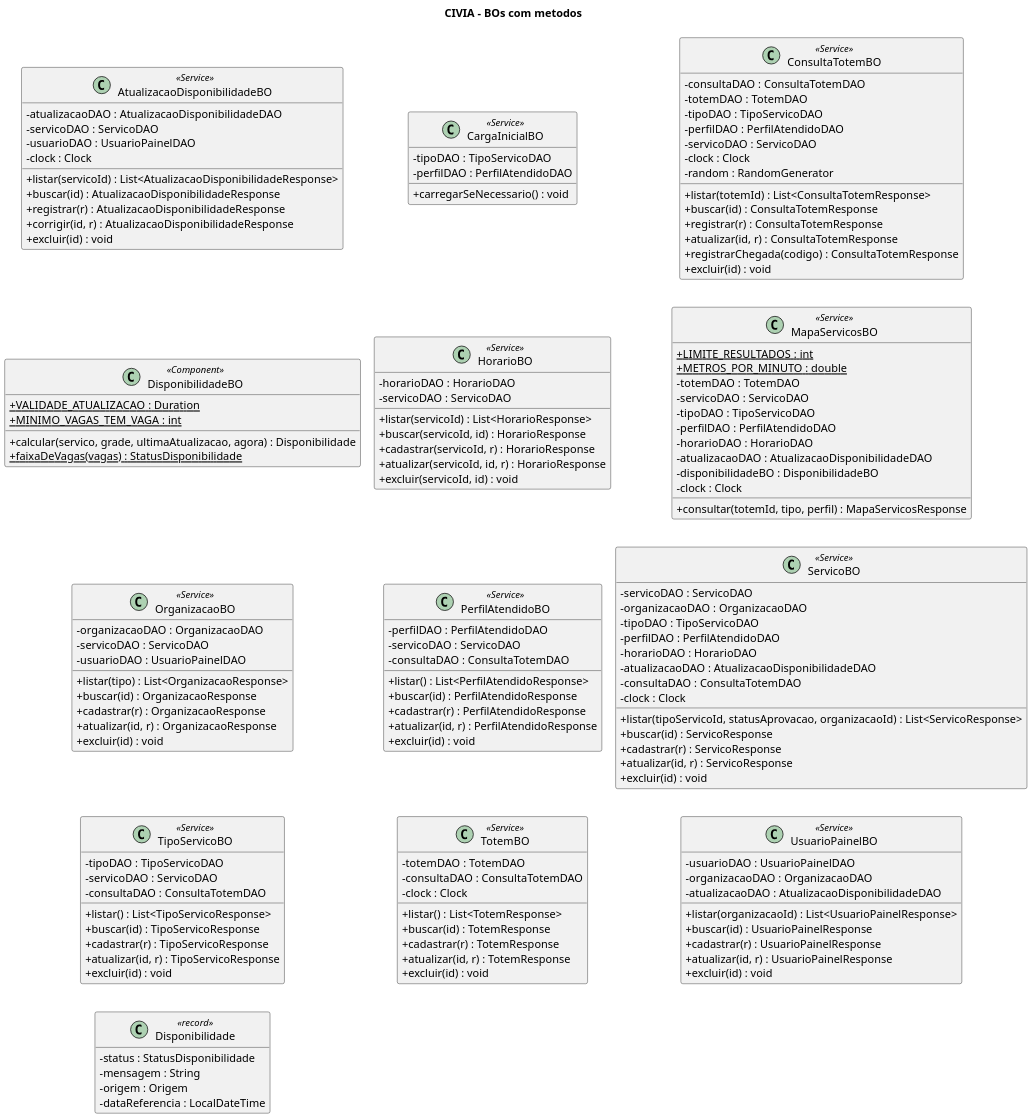
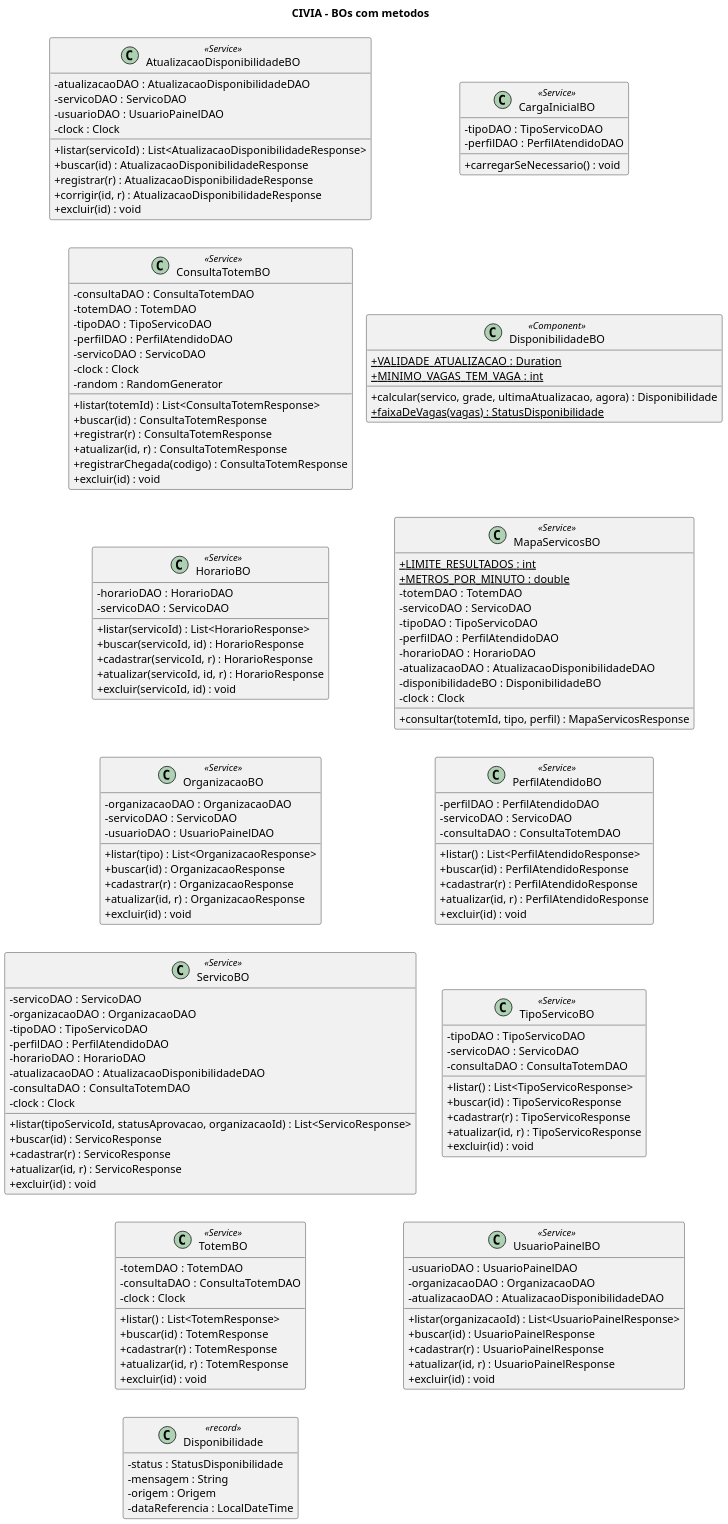
The diagram in docs/partes/07-bos-detalhe.puml (Gabrielvianaana/civia-api), drawn with PlantUML before and after one commit. The commit also changed 8 other files, not shown here.

Commit message:
Diagramas e DER ajustados para o PDF

```diff
--- a/docs/partes/07-bos-detalhe.puml
+++ b/docs/partes/07-bos-detalhe.puml
@@ -1,150 +1,151 @@
 @startuml
 title CIVIA - BOs com metodos
 ' Gerado a partir do codigo-fonte Java (pasta civia-*/src/main/java).
 !pragma layout smetana
 skinparam classAttributeIconSize 0
 skinparam shadowing false
 skinparam dpi 150
 hide empty members
 top to bottom direction
 class AtualizacaoDisponibilidadeBO <<Service>> {
   -atualizacaoDAO : AtualizacaoDisponibilidadeDAO
   -servicoDAO : ServicoDAO
   -usuarioDAO : UsuarioPainelDAO
   -clock : Clock
   +listar(servicoId) : List<AtualizacaoDisponibilidadeResponse>
   +buscar(id) : AtualizacaoDisponibilidadeResponse
   +registrar(r) : AtualizacaoDisponibilidadeResponse
   +corrigir(id, r) : AtualizacaoDisponibilidadeResponse
   +excluir(id) : void
 }
 class CargaInicialBO <<Service>> {
   -tipoDAO : TipoServicoDAO
   -perfilDAO : PerfilAtendidoDAO
   +carregarSeNecessario() : void
 }
 class ConsultaTotemBO <<Service>> {
   -consultaDAO : ConsultaTotemDAO
   -totemDAO : TotemDAO
   -tipoDAO : TipoServicoDAO
   -perfilDAO : PerfilAtendidoDAO
   -servicoDAO : ServicoDAO
   -clock : Clock
   -random : RandomGenerator
   +listar(totemId) : List<ConsultaTotemResponse>
   +buscar(id) : ConsultaTotemResponse
   +registrar(r) : ConsultaTotemResponse
   +atualizar(id, r) : ConsultaTotemResponse
   +registrarChegada(codigo) : ConsultaTotemResponse
   +excluir(id) : void
 }
 class DisponibilidadeBO <<Component>> {
   +{static} VALIDADE_ATUALIZACAO : Duration
   +{static} MINIMO_VAGAS_TEM_VAGA : int
   +calcular(servico, grade, ultimaAtualizacao, agora) : Disponibilidade
   +{static} faixaDeVagas(vagas) : StatusDisponibilidade
 }
 class HorarioBO <<Service>> {
   -horarioDAO : HorarioDAO
   -servicoDAO : ServicoDAO
   +listar(servicoId) : List<HorarioResponse>
   +buscar(servicoId, id) : HorarioResponse
   +cadastrar(servicoId, r) : HorarioResponse
   +atualizar(servicoId, id, r) : HorarioResponse
   +excluir(servicoId, id) : void
 }
 class MapaServicosBO <<Service>> {
   +{static} LIMITE_RESULTADOS : int
   +{static} METROS_POR_MINUTO : double
   -totemDAO : TotemDAO
   -servicoDAO : ServicoDAO
   -tipoDAO : TipoServicoDAO
   -perfilDAO : PerfilAtendidoDAO
   -horarioDAO : HorarioDAO
   -atualizacaoDAO : AtualizacaoDisponibilidadeDAO
   -disponibilidadeBO : DisponibilidadeBO
   -clock : Clock
   +consultar(totemId, tipo, perfil) : MapaServicosResponse
 }
 class OrganizacaoBO <<Service>> {
   -organizacaoDAO : OrganizacaoDAO
   -servicoDAO : ServicoDAO
   -usuarioDAO : UsuarioPainelDAO
   +listar(tipo) : List<OrganizacaoResponse>
   +buscar(id) : OrganizacaoResponse
   +cadastrar(r) : OrganizacaoResponse
   +atualizar(id, r) : OrganizacaoResponse
   +excluir(id) : void
 }
 class PerfilAtendidoBO <<Service>> {
   -perfilDAO : PerfilAtendidoDAO
   -servicoDAO : ServicoDAO
   -consultaDAO : ConsultaTotemDAO
   +listar() : List<PerfilAtendidoResponse>
   +buscar(id) : PerfilAtendidoResponse
   +cadastrar(r) : PerfilAtendidoResponse
   +atualizar(id, r) : PerfilAtendidoResponse
   +excluir(id) : void
 }
 class ServicoBO <<Service>> {
   -servicoDAO : ServicoDAO
   -organizacaoDAO : OrganizacaoDAO
   -tipoDAO : TipoServicoDAO
   -perfilDAO : PerfilAtendidoDAO
   -horarioDAO : HorarioDAO
   -atualizacaoDAO : AtualizacaoDisponibilidadeDAO
   -consultaDAO : ConsultaTotemDAO
   -clock : Clock
   +listar(tipoServicoId, statusAprovacao, organizacaoId) : List<ServicoResponse>
   +buscar(id) : ServicoResponse
   +cadastrar(r) : ServicoResponse
   +atualizar(id, r) : ServicoResponse
   +excluir(id) : void
 }
 class TipoServicoBO <<Service>> {
   -tipoDAO : TipoServicoDAO
   -servicoDAO : ServicoDAO
   -consultaDAO : ConsultaTotemDAO
   +listar() : List<TipoServicoResponse>
   +buscar(id) : TipoServicoResponse
   +cadastrar(r) : TipoServicoResponse
   +atualizar(id, r) : TipoServicoResponse
   +excluir(id) : void
 }
 class TotemBO <<Service>> {
   -totemDAO : TotemDAO
   -consultaDAO : ConsultaTotemDAO
   -clock : Clock
   +listar() : List<TotemResponse>
   +buscar(id) : TotemResponse
   +cadastrar(r) : TotemResponse
   +atualizar(id, r) : TotemResponse
   +excluir(id) : void
 }
 class UsuarioPainelBO <<Service>> {
   -usuarioDAO : UsuarioPainelDAO
   -organizacaoDAO : OrganizacaoDAO
   -atualizacaoDAO : AtualizacaoDisponibilidadeDAO
   +listar(organizacaoId) : List<UsuarioPainelResponse>
   +buscar(id) : UsuarioPainelResponse
   +cadastrar(r) : UsuarioPainelResponse
   +atualizar(id, r) : UsuarioPainelResponse
   +excluir(id) : void
 }
 class Disponibilidade <<record>> {
   -status : StatusDisponibilidade
   -mensagem : String
   -origem : Origem
   -dataReferencia : LocalDateTime
 }
-AtualizacaoDisponibilidadeBO -[hidden]down- DisponibilidadeBO
-CargaInicialBO -[hidden]down- HorarioBO
-ConsultaTotemBO -[hidden]down- MapaServicosBO
-DisponibilidadeBO -[hidden]down- OrganizacaoBO
-HorarioBO -[hidden]down- PerfilAtendidoBO
-MapaServicosBO -[hidden]down- ServicoBO
-OrganizacaoBO -[hidden]down- TipoServicoBO
-PerfilAtendidoBO -[hidden]down- TotemBO
-ServicoBO -[hidden]down- UsuarioPainelBO
-TipoServicoBO -[hidden]down- Disponibilidade
+AtualizacaoDisponibilidadeBO -[hidden]down- ConsultaTotemBO
+CargaInicialBO -[hidden]down- DisponibilidadeBO
+ConsultaTotemBO -[hidden]down- HorarioBO
+DisponibilidadeBO -[hidden]down- MapaServicosBO
+HorarioBO -[hidden]down- OrganizacaoBO
+MapaServicosBO -[hidden]down- PerfilAtendidoBO
+OrganizacaoBO -[hidden]down- ServicoBO
+PerfilAtendidoBO -[hidden]down- TipoServicoBO
+ServicoBO -[hidden]down- TotemBO
+TipoServicoBO -[hidden]down- UsuarioPainelBO
+TotemBO -[hidden]down- Disponibilidade
 @enduml
```
